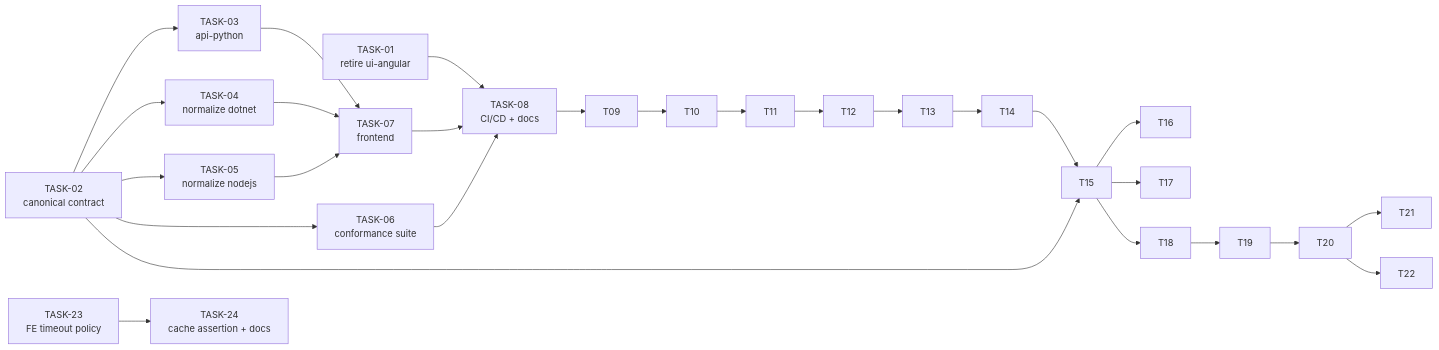
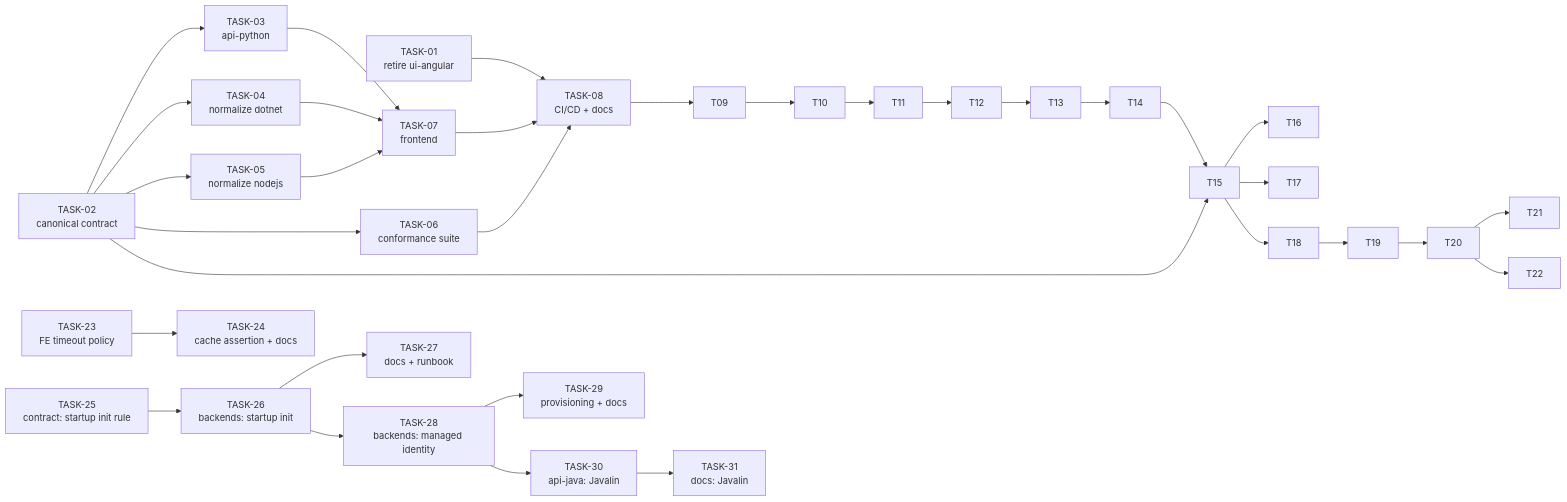
The diagram in docs/tasks/README.md (RegExTester/regex-tester), drawn with Mermaid before and after one commit. The commit also changed other lines of this file and 57 other files, not shown here.

First line of the commit message:
Fix telemetry outage, move Cosmos to managed identity, replace Spring Boot with Javalin

````diff
--- a/docs/tasks/README.md
+++ b/docs/tasks/README.md
@@ -40,30 +50,33 @@
 ```mermaid
 graph LR
   T01[TASK-01<br/>retire ui-angular]
   T02[TASK-02<br/>canonical contract]
   T03[TASK-03<br/>api-python]
   T04[TASK-04<br/>normalize dotnet]
   T05[TASK-05<br/>normalize nodejs]
   T06[TASK-06<br/>conformance suite]
   T07[TASK-07<br/>frontend]
   T08[TASK-08<br/>CI/CD + docs]
 
   T02 --> T03 --> T07
   T02 --> T04 --> T07
   T02 --> T05 --> T07
   T02 --> T06
   T07 --> T08
   T06 --> T08
   T01 --> T08
   T08 --> T09 --> T10
   T10 --> T11 --> T12 --> T13 --> T14
   T14 --> T15
   T02 --> T15
   T15 --> T16
   T15 --> T17
   T15 --> T18
   T18 --> T19 --> T20
   T20 --> T21
   T20 --> T22
   T23[TASK-23<br/>FE timeout policy] --> T24[TASK-24<br/>cache assertion + docs]
+  T25[TASK-25<br/>contract: startup init rule] --> T26[TASK-26<br/>backends: startup init] --> T27[TASK-27<br/>docs + runbook]
+  T26 --> T28[TASK-28<br/>backends: managed identity] --> T29[TASK-29<br/>provisioning + docs]
+  T28 --> T30[TASK-30<br/>api-java: Javalin] --> T31[TASK-31<br/>docs: Javalin]
 ```
````
